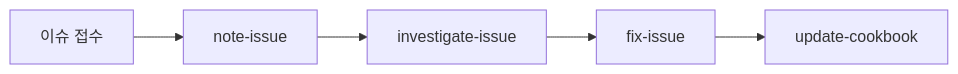
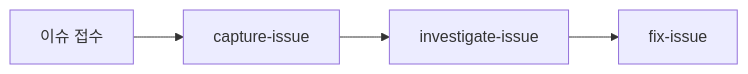
Before and after one commit to flex-team/flex-oncall: the second of 5 diagrams in .claude/commands/ops/README.adoc, drawn with Mermaid. The commit also changed other lines of this file and 1 other file, not shown here.

```diff
--- a/.claude/commands/ops/README.adoc
+++ b/.claude/commands/ops/README.adoc
@@ -159,8 +261,7 @@
 [mermaid]
 ....
 graph LR
-    A["이슈 접수"] --> B["note-issue"]
+    A["이슈 접수"] --> B["capture-issue"]
     B --> C["investigate-issue"]
     C --> D["fix-issue"]
-    D --> E["update-cookbook"]
 ....
```
